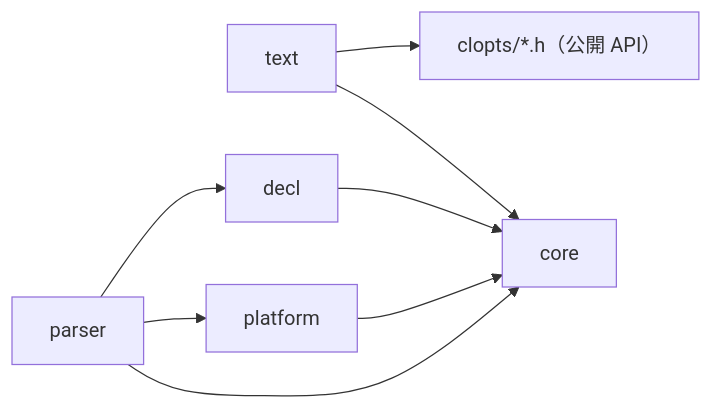
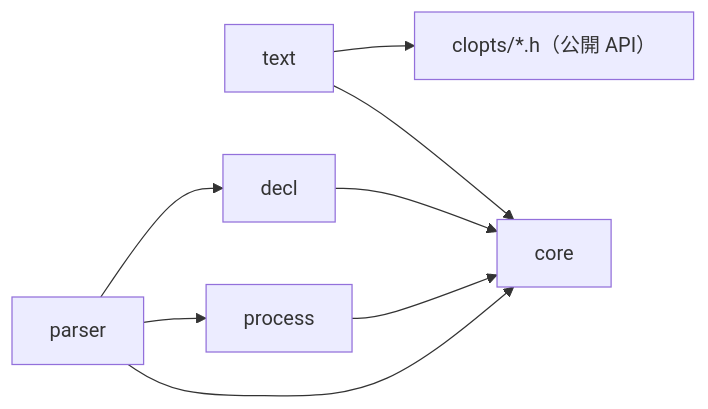
The first of 2 diagrams in docs/dev/architecture.md (ktdevx/clopts-private), drawn with Mermaid before and after one commit. The commit also changed other lines of this file and 4 other files, not shown here.

````diff
--- a/docs/dev/architecture.md
+++ b/docs/dev/architecture.md
@@ -19,10 +19,10 @@
 ```mermaid
 flowchart LR
     text --> parser_api["clopts/*.h（公開 API）"]
     parser --> decl
-    parser --> platform
+    parser --> process
     decl --> core
     parser --> core
     text --> core
-    platform --> core
+    process --> core
 ```
````
